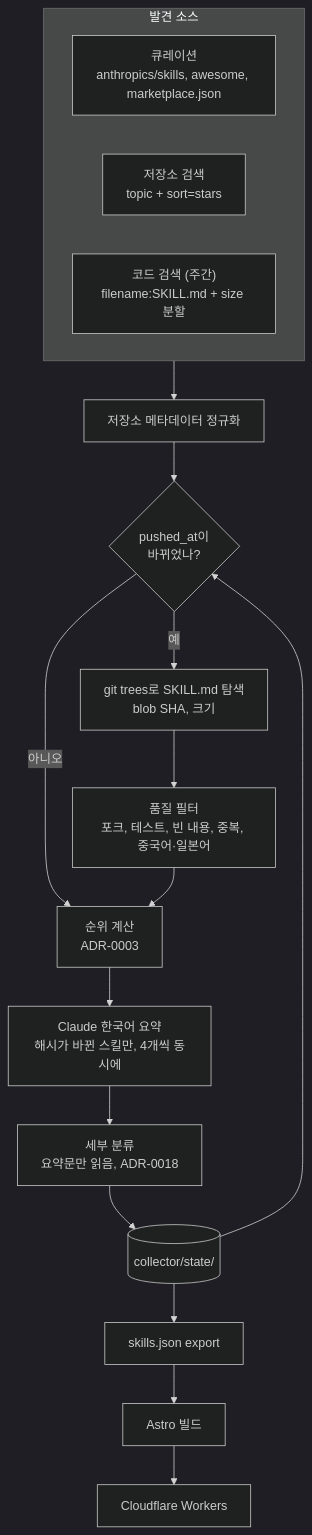
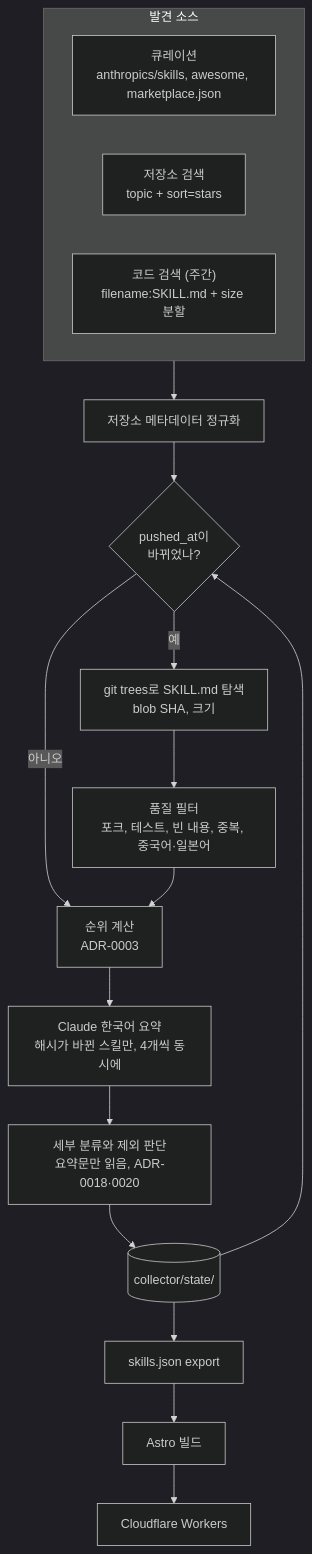
The diagram in docs/data-flow.md (jhs3104/skillmoa), drawn with Mermaid (dark theme) before and after one commit. The commit also changed other lines of this file and 23 other files, not shown here.

````diff
--- a/docs/data-flow.md
+++ b/docs/data-flow.md
@@ -3,22 +3,22 @@
 ```mermaid
 flowchart TD
     subgraph sources["발견 소스"]
         curated["큐레이션<br/>anthropics/skills, awesome, marketplace.json"]
         topics["저장소 검색<br/>topic + sort=stars"]
         code["코드 검색 (주간)<br/>filename:SKILL.md + size 분할"]
     end
     state[("collector/state/")]
     sources --> metadata["저장소 메타데이터 정규화"]
     metadata --> gate{"pushed_at이<br/>바뀌었나?"}
     state --> gate
     gate -- 예 --> tree["git trees로 SKILL.md 탐색<br/>blob SHA, 크기"]
     gate -- 아니오 --> rank
     tree --> filter["품질 필터<br/>포크, 테스트, 빈 내용, 중복, 중국어·일본어"]
     filter --> rank["순위 계산<br/>ADR-0003"]
     rank --> summarize["Claude 한국어 요약<br/>해시가 바뀐 스킬만, 4개씩 동시에"]
-    summarize --> classify["세부 분류<br/>요약문만 읽음, ADR-0018"]
+    summarize --> classify["세부 분류와 제외 판단<br/>요약문만 읽음, ADR-0018·0020"]
     classify --> state
     state --> export["skills.json export"]
     export --> site["Astro 빌드"]
     site --> workers["Cloudflare Workers"]
 ```
````
